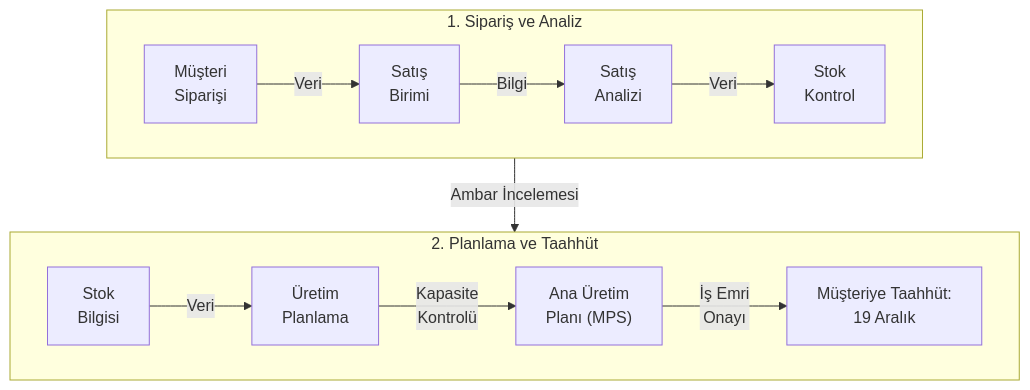
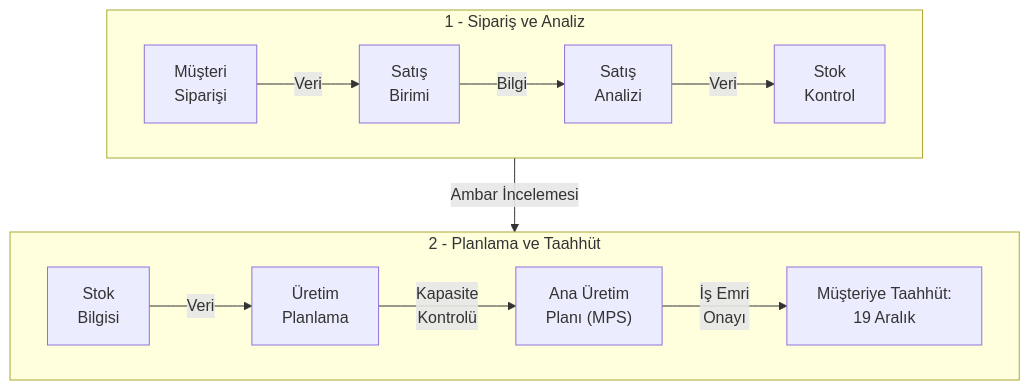
Before and after one commit to meto-data/noetic-logos: the second of 5 diagrams in content/0-ybs-notlari/YBS3023-bilisim_sistemleri_analizi/ybs3023-6.md, drawn with Mermaid. The commit also changed other lines of this file and 12 other files, not shown here.

Commit message:
fix: resolve mermaid unsupported markdown list error, fix mermaid pc fullscreen & overflow, replace settings icon with unclipped sliders, and fix mobile image lightbox centering & zoom

````diff
--- a/content/0-ybs-notlari/YBS3023-bilisim_sistemleri_analizi/ybs3023-6.md
+++ b/content/0-ybs-notlari/YBS3023-bilisim_sistemleri_analizi/ybs3023-6.md
@@ -90,18 +90,18 @@
 ```mermaid
 flowchart TB
-    subgraph S1["1. Sipariş ve Analiz"]
+    subgraph S1["1 - Sipariş ve Analiz"]
         direction LR
         A["Müşteri<br/>Siparişi"] -->|Veri| B["Satış<br/>Birimi"]
         B -->|Bilgi| C["Satış<br/>Analizi"]
         C -->|Veri| D["Stok<br/>Kontrol"]
     end
 
-    subgraph S2["2. Planlama ve Taahhüt"]
+    subgraph S2["2 - Planlama ve Taahhüt"]
         direction LR
         E["Stok<br/>Bilgisi"] -->|Veri| F["Üretim<br/>Planlama"]
         F -->|Kapasite<br/>Kontrolü| G["Ana Üretim<br/>Planı (MPS)"]
         G -->|İş Emri<br/>Onayı| H["Müşteriye Taahhüt:<br/>19 Aralık"]
     end
 
     S1 -->|"Ambar İncelemesi"| S2
 ```
````
